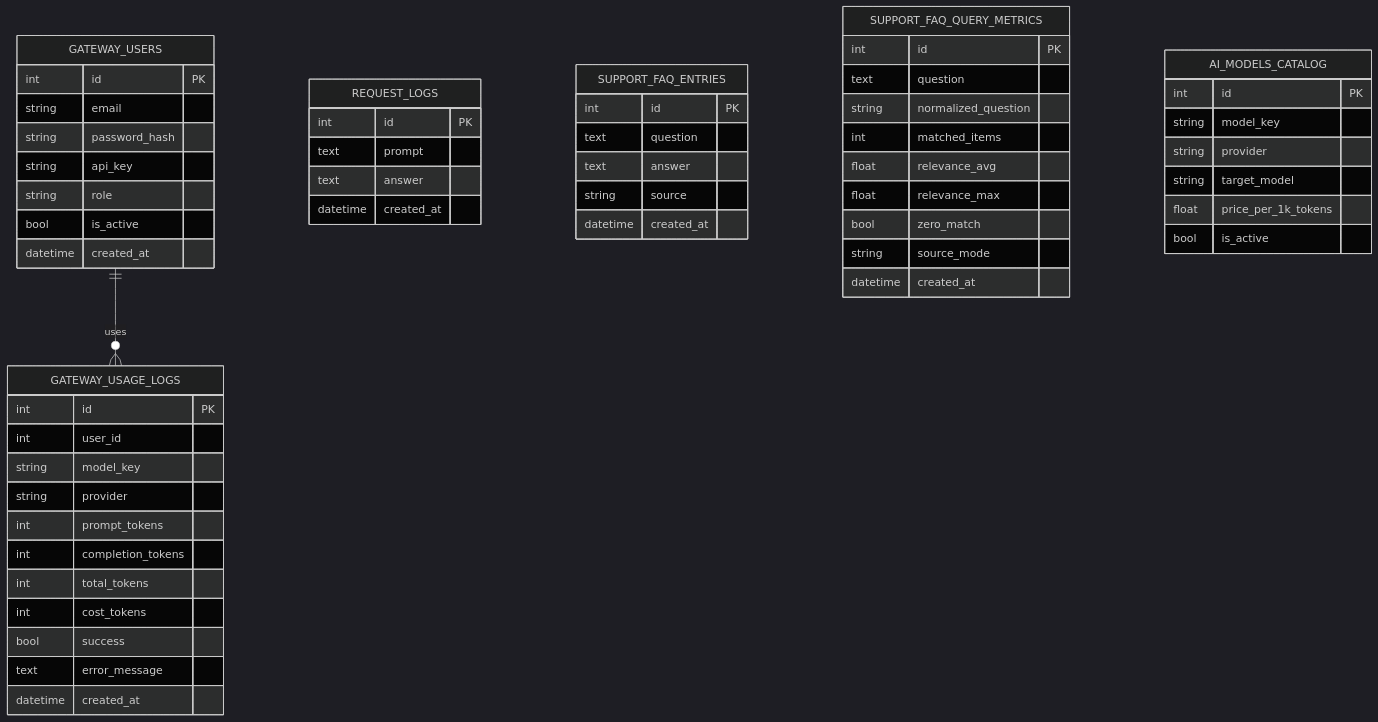
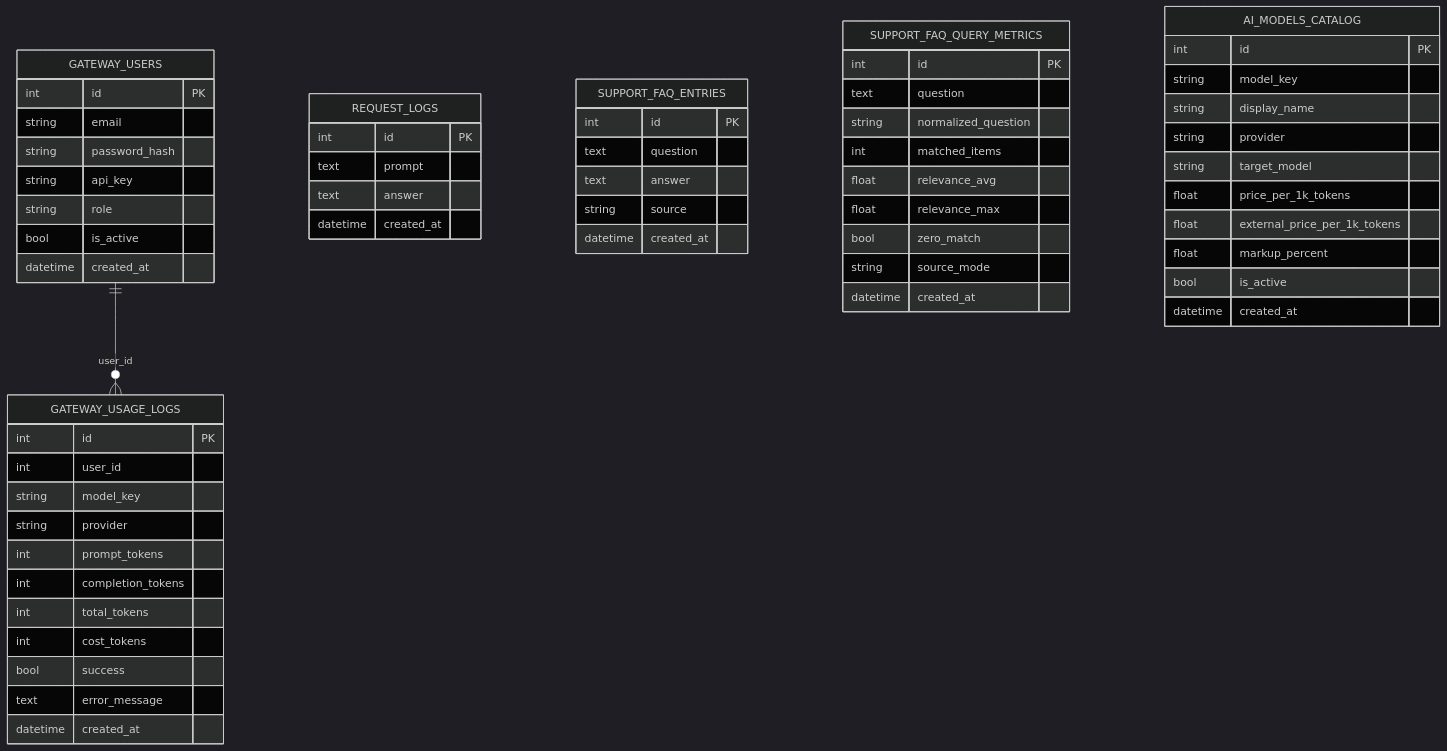
The fourth of 12 diagrams in docs/diploma-design-section-ru.md (IVIproject/ILUSHENKOV_V_4254), drawn with Mermaid (dark theme) before and after one commit. The commit also changed other lines of this file, not shown here.

Commit message:
docs: refine design chapter with concrete API, diagrams, and auth model

````diff
--- a/docs/diploma-design-section-ru.md
+++ b/docs/diploma-design-section-ru.md
@@ -254,58 +224,68 @@
 ```mermaid
 erDiagram
-    GATEWAY_USERS ||--o{ GATEWAY_USAGE_LOGS : "uses"
+    GATEWAY_USERS ||--o{ GATEWAY_USAGE_LOGS : "user_id"
+
     REQUEST_LOGS {
       int id PK
       text prompt
       text answer
       datetime created_at
     }
+
     SUPPORT_FAQ_ENTRIES {
       int id PK
       text question
       text answer
       string source
       datetime created_at
     }
+
     SUPPORT_FAQ_QUERY_METRICS {
       int id PK
       text question
       string normalized_question
       int matched_items
       float relevance_avg
       float relevance_max
       bool zero_match
       string source_mode
       datetime created_at
     }
+
+    AI_MODELS_CATALOG {
+      int id PK
+      string model_key
+      string display_name
+      string provider
+      string target_model
+      float price_per_1k_tokens
+      float external_price_per_1k_tokens
+      float markup_percent
+      bool is_active
+      datetime created_at
+    }
+
     GATEWAY_USERS {
       int id PK
       string email
       string password_hash
       string api_key
       string role
       bool is_active
       datetime created_at
     }
-    AI_MODELS_CATALOG {
-      int id PK
-      string model_key
-      string provider
-      string target_model
-      float price_per_1k_tokens
-      bool is_active
-    }
+
     GATEWAY_USAGE_LOGS {
       int id PK
       int user_id
       string model_key
       string provider
       int prompt_tokens
       int completion_tokens
       int total_tokens
       int cost_tokens
       bool success
       text error_message
       datetime created_at
     }
 ```
````
